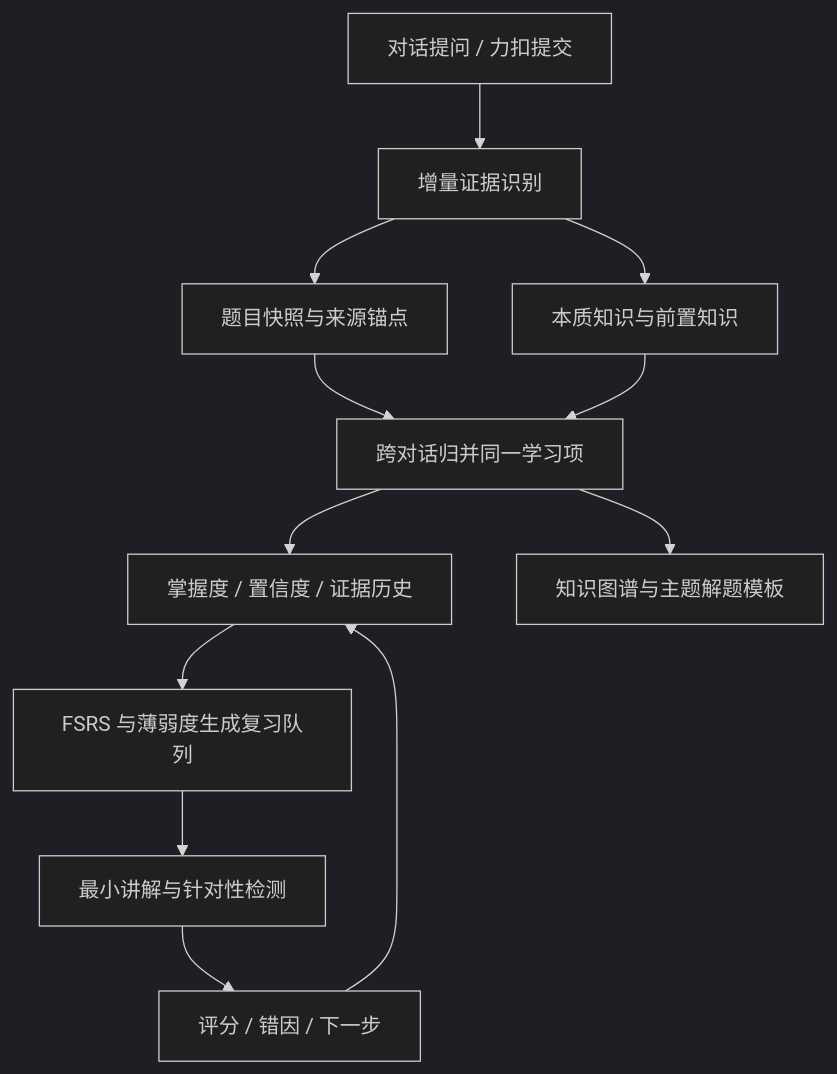
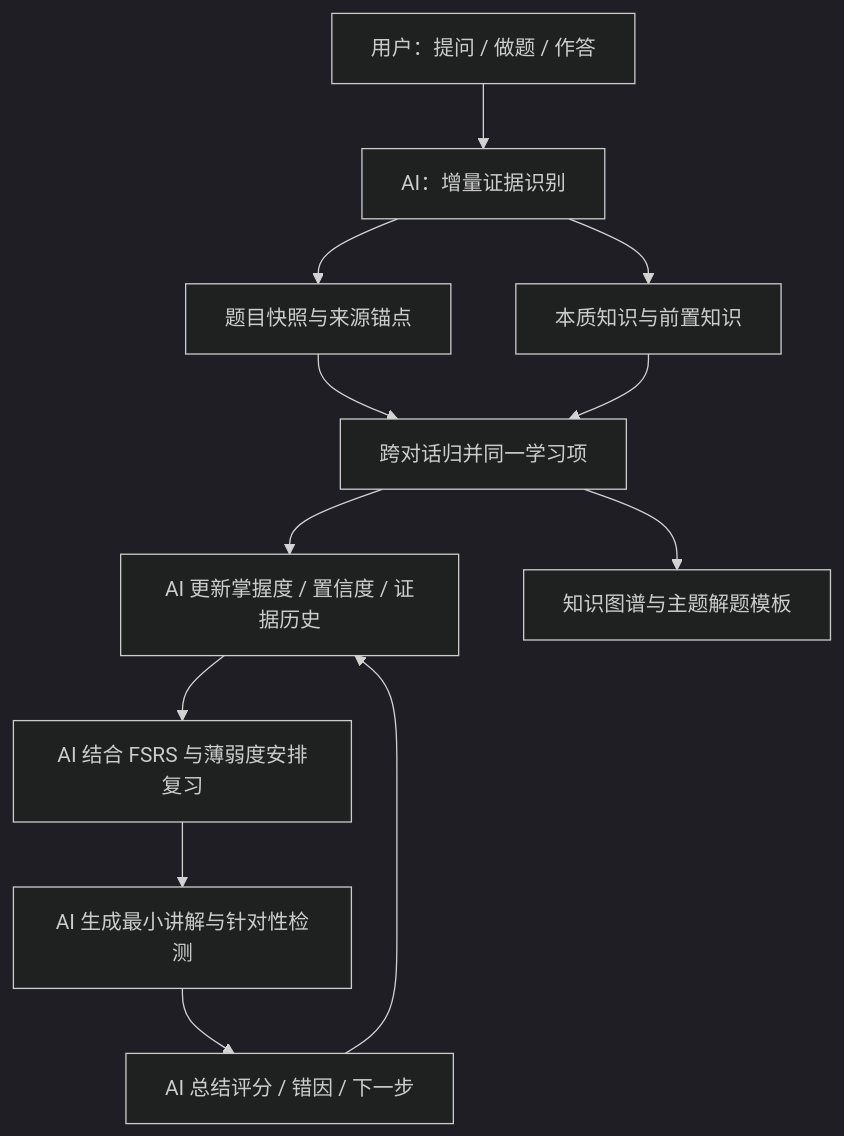
One commit to huaxx-lab/LeetLens changed the diagram in README.md. Above: the diagram before and after it, drawn with Mermaid (dark theme). The commit also changed other lines of this file and 7 other files, not shown here.

````diff
--- a/README.md
+++ b/README.md
@@ -79,14 +124,14 @@
 ```mermaid
 flowchart TD
-  A[对话提问 / 力扣提交] --> B[增量证据识别]
+  A[用户：提问 / 做题 / 作答] --> B[AI：增量证据识别]
   B --> C[题目快照与来源锚点]
   B --> D[本质知识与前置知识]
   C --> E[跨对话归并同一学习项]
   D --> E
-  E --> F[掌握度 / 置信度 / 证据历史]
-  F --> G[FSRS 与薄弱度生成复习队列]
-  G --> H[最小讲解与针对性检测]
-  H --> I[评分 / 错因 / 下一步]
+  E --> F[AI 更新掌握度 / 置信度 / 证据历史]
+  F --> G[AI 结合 FSRS 与薄弱度安排复习]
+  G --> H[AI 生成最小讲解与针对性检测]
+  H --> I[AI 总结评分 / 错因 / 下一步]
   I --> F
   E --> J[知识图谱与主题解题模板]
 ```
````
